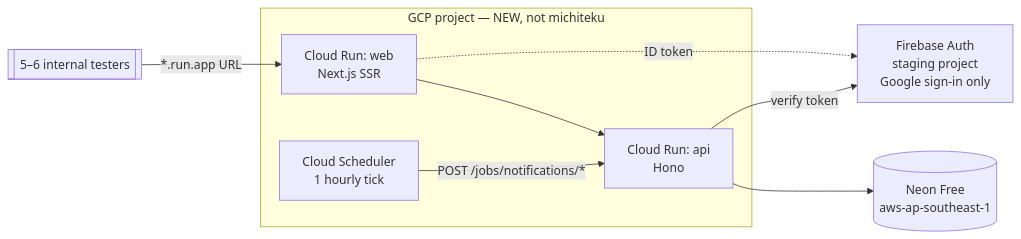
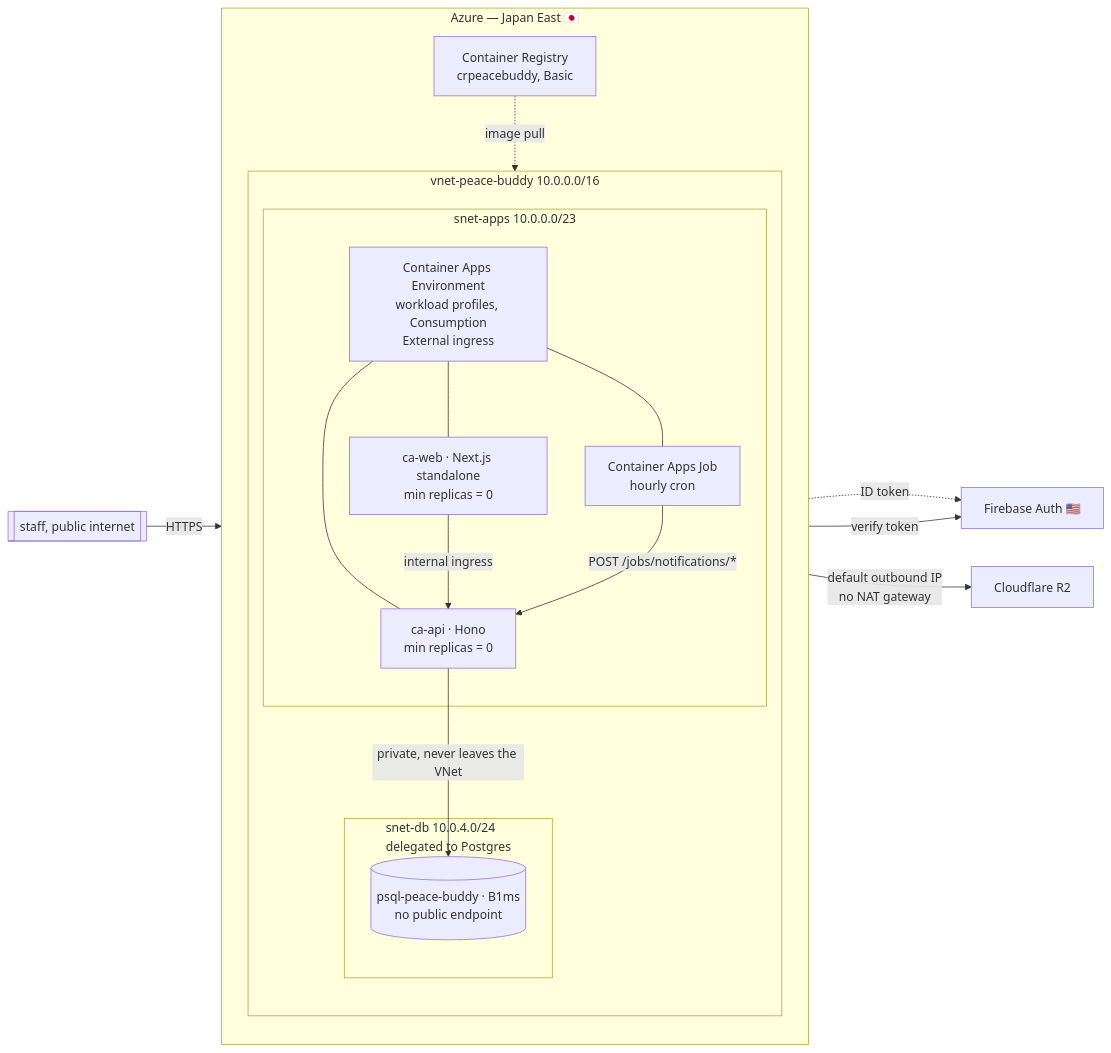
The second of 6 diagrams in docs/deploy-plan.md (Lynns0416/buddy-app-copy), drawn with Mermaid before and after one commit. The commit also changed other lines of this file and 5 other files, not shown here.

````diff
--- a/docs/deploy-plan.md
+++ b/docs/deploy-plan.md
@@ -18,18 +54,38 @@
 ```mermaid
 flowchart LR
-    U[["5–6 internal testers"]]
-    subgraph GCP["GCP project — NEW, not michiteku"]
-        W["Cloud Run: web<br/>Next.js SSR"]
-        A["Cloud Run: api<br/>Hono"]
-        S["Cloud Scheduler<br/>1 hourly tick"]
+    U[["staff, public internet"]]
+
+    subgraph AZ["Azure — Japan East 🇯🇵"]
+        direction TB
+        ACR["Container Registry<br/>crpeacebuddy, Basic"]
+
+        subgraph VNET["vnet-peace-buddy 10.0.0.0/16"]
+            direction TB
+            subgraph SA["snet-apps 10.0.0.0/23"]
+                CAE["Container Apps Environment<br/>workload profiles, Consumption<br/>External ingress"]
+                W["ca-web · Next.js standalone<br/>min replicas = 0"]
+                A["ca-api · Hono<br/>min replicas = 0"]
+                J["Container Apps Job<br/>hourly cron"]
+            end
+            subgraph SD["snet-db 10.0.4.0/24<br/>delegated to Postgres"]
+                DB[("psql-peace-buddy · B1ms<br/>no public endpoint")]
+            end
+        end
+
+        ACR -.->|image pull| CAE
+        CAE --- W
+        CAE --- A
+        CAE --- J
+        A -->|private, never leaves the VNet| DB
     end
-    FA["Firebase Auth<br/>staging project<br/>Google sign-in only"]
-    DB[("Neon Free<br/>aws-ap-southeast-1")]
 
-    U -->|"*.run.app URL"| W
-    W --> A
-    W -.->|"ID token"| FA
-    A -->|"verify token"| FA
-    A --> DB
-    S -->|"POST /jobs/notifications/*"| A
+    FA["Firebase Auth 🇺🇸"]
+    R2["Cloudflare R2"]
+
+    U -->|HTTPS| W
+    W -->|internal ingress| A
+    W -.->|ID token| FA
+    A -->|verify token| FA
+    A -->|default outbound IP<br/>no NAT gateway| R2
+    J -->|"POST /jobs/notifications/*"| A
 ```
````
